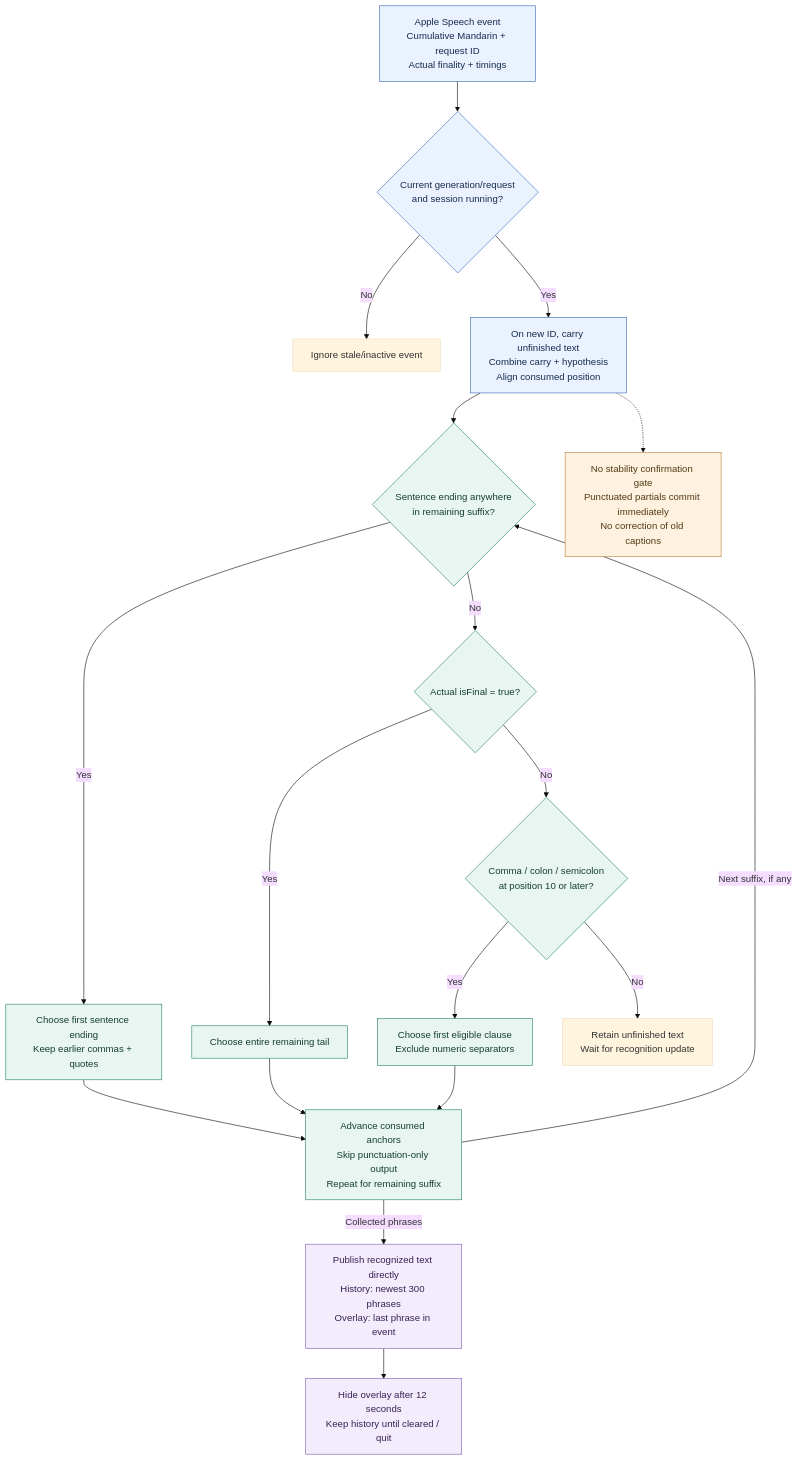
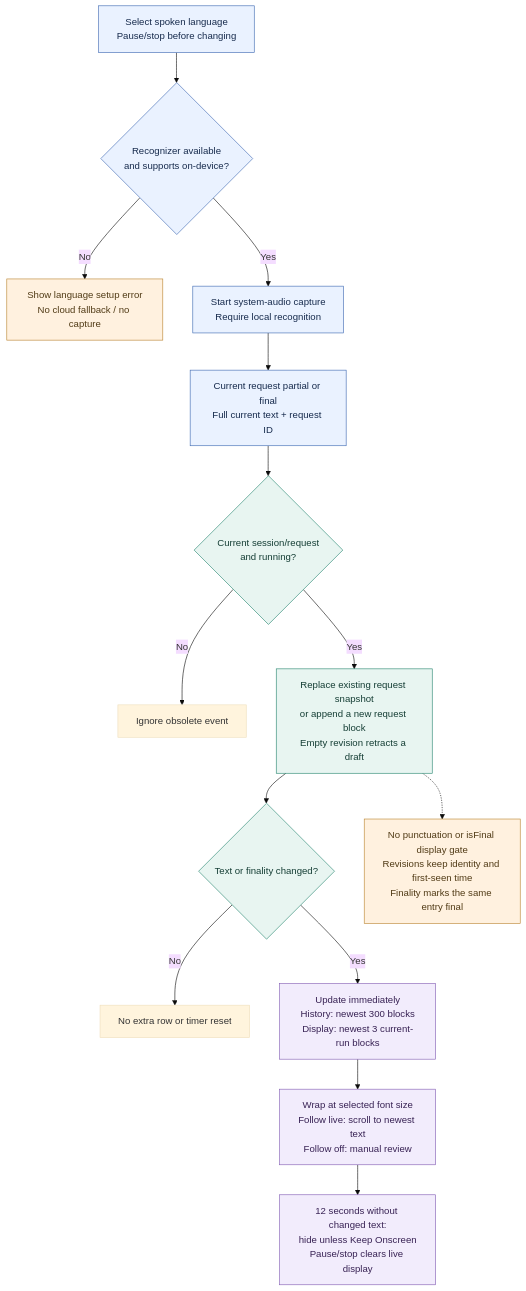
One commit to mattt-s/ImmersionCaption changed the diagram in docs/diagrams/caption-policy.mmd. Above: the diagram before and after it, drawn with Mermaid (base theme). The commit also changed 43 other files, not shown here.

Commit message:
Add spoken-language selection and rolling revisable captions

```diff
--- a/docs/diagrams/caption-policy.mmd
+++ b/docs/diagrams/caption-policy.mmd
@@ -1,38 +1,33 @@
 flowchart TD
-    accTitle: ImmersionCaption 0.5.0 caption publication policy
-    accDescr: Current recognition events are aligned with consumed speech. Sentence punctuation takes priority, then actual finality, then eligible clause punctuation. Recognized text is displayed directly without a stability gate or inference queue.
-    Event["Apple Speech event<br/>Cumulative Mandarin + request ID<br/>Actual finality + timings"]
-    Active{"Current generation/request<br/>and session running?"}
-    Ignore["Ignore stale/inactive event"]
-    Align["On new ID, carry unfinished text<br/>Combine carry + hypothesis<br/>Align consumed position"]
-    Sentence{"Sentence ending anywhere<br/>in remaining suffix?"}
-    Whole["Choose first sentence ending<br/>Keep earlier commas + quotes"]
-    Final{"Actual isFinal = true?"}
-    Tail["Choose entire remaining tail"]
-    Clause{"Comma / colon / semicolon<br/>at position 10 or later?"}
-    Fragment["Choose first eligible clause<br/>Exclude numeric separators"]
-    Wait["Retain unfinished text<br/>Wait for recognition update"]
-    Commit["Advance consumed anchors<br/>Skip punctuation-only output<br/>Repeat for remaining suffix"]
-    Publish["Publish recognized text directly<br/>History: newest 300 phrases<br/>Overlay: last phrase in event"]
-    Expire["Hide overlay after 12 seconds<br/>Keep history until cleared / quit"]
-    Note["No stability confirmation gate<br/>Punctuated partials commit immediately<br/>No correction of old captions"]
-    Event --> Active
-    Active -->|"No"| Ignore
-    Active -->|"Yes"| Align --> Sentence
-    Sentence -->|"Yes"| Whole --> Commit
-    Sentence -->|"No"| Final
-    Final -->|"Yes"| Tail --> Commit
-    Final -->|"No"| Clause
-    Clause -->|"Yes"| Fragment --> Commit
-    Clause -->|"No"| Wait
-    Commit -->|"Next suffix, if any"| Sentence
-    Commit -->|"Collected phrases"| Publish --> Expire
-    Align -.-> Note
+    accTitle: Immediate revisable caption display policy
+    accDescr: Select a locally supported language while paused or stopped. Each partial immediately replaces its request snapshot. Finality updates metadata rather than gating display. Recent text wraps and scrolls; history and display buffers are bounded.
+    Select["Select spoken language<br/>Pause/stop before changing"]
+    Ready{"Recognizer available<br/>and supports on-device?"}
+    Error["Show language setup error<br/>No cloud fallback / no capture"]
+    Start["Start system-audio capture<br/>Require local recognition"]
+    Event["Current request partial or final<br/>Full current text + request ID"]
+    Current{"Current session/request<br/>and running?"}
+    Ignore["Ignore obsolete event"]
+    Update["Replace existing request snapshot<br/>or append a new request block<br/>Empty revision retracts a draft"]
+    Changed{"Text or finality changed?"}
+    Duplicate["No extra row or timer reset"]
+    Publish["Update immediately<br/>History: newest 300 blocks<br/>Display: newest 3 current-run blocks"]
+    Scroll["Wrap at selected font size<br/>Follow live: scroll to newest text<br/>Follow off: manual review"]
+    Idle["12 seconds without changed text:<br/>hide unless Keep Onscreen<br/>Pause/stop clears live display"]
+    Note["No punctuation or isFinal display gate<br/>Revisions keep identity and first-seen time<br/>Finality marks the same entry final"]
+    Select --> Ready
+    Ready -->|"No"| Error
+    Ready -->|"Yes"| Start --> Event --> Current
+    Current -->|"No"| Ignore
+    Current -->|"Yes"| Update --> Changed
+    Changed -->|"No"| Duplicate
+    Changed -->|"Yes"| Publish --> Scroll --> Idle
+    Update -.-> Note
     classDef input fill:#eaf2ff,stroke:#3b67b1,color:#172b4d
     classDef policy fill:#e8f5f1,stroke:#23836d,color:#153e35
     classDef output fill:#f2ecfc,stroke:#815bb3,color:#382254
     classDef warning fill:#fff1df,stroke:#b9822d,color:#513b16
-    class Event,Active,Align input
-    class Sentence,Whole,Final,Tail,Clause,Fragment,Commit policy
-    class Publish,Expire output
-    class Note warning
+    class Select,Ready,Start,Event input
+    class Current,Update,Changed policy
+    class Publish,Scroll,Idle output
+    class Error,Note warning
```
